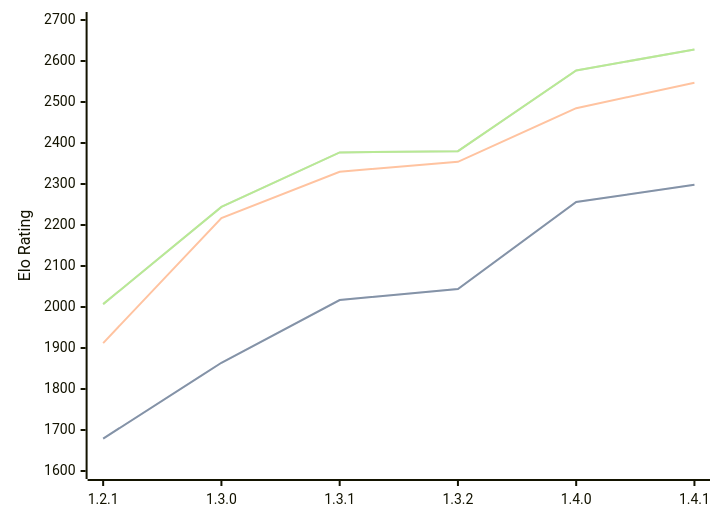
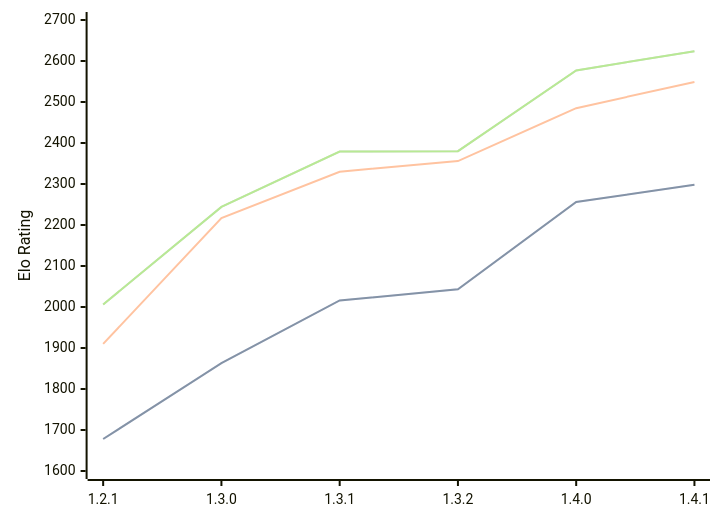
The diagram in engines/Chal.md (computer-chess-index/cci), drawn with Mermaid before and after one commit. The commit also changed other lines of this file, not shown here.

Commit message:
Update CCI Ratings (ELO VLTC) - 2026-05-22

````diff
--- a/engines/Chal.md
+++ b/engines/Chal.md
@@ -39,11 +39,11 @@
 ```mermaid
 %%{init: {"theme":"base","themeVariables":{"seriesColors:['#a3a3a3','#222221','#faa371']}}}%%
 xychart-beta
   x-axis ["1.2.1", "1.3.0", "1.3.1", "1.3.2", "1.4.0", "1.4.1"]
   y-axis "Elo Rating" 1600 --> 2700
-  line "STC (8.0+0.08s)" [1679, 1864, 2017, 2044, 2256, 2298]
-  line "STC (8.0+0.08s)" [1679, 1864, 2017, 2044, 2256, 2298]
-  line "LTC (60.0+0.60s)" [1912, 2217, 2330, 2354, 2485, 2547]
-  line "VLTC (2m24s+1.12s)" [2007, 2244, 2377, 2380, 2577, 2628]
-  line "VLTC (2m24s+1.12s)" [2007, 2244, 2377, 2380, 2577, 2628]
+  line "STC (8.0+0.08s)" [1678, 1863, 2016, 2043, 2256, 2298]
+  line "STC (8.0+0.08s)" [1678, 1863, 2016, 2043, 2256, 2298]
+  line "LTC (60.0+0.60s)" [1910, 2217, 2330, 2356, 2485, 2549]
+  line "VLTC (2m24s+1.12s)" [2006, 2244, 2379, 2380, 2577, 2624]
+  line "VLTC (2m24s+1.12s)" [2006, 2244, 2379, 2380, 2577, 2624]
 ```
````
